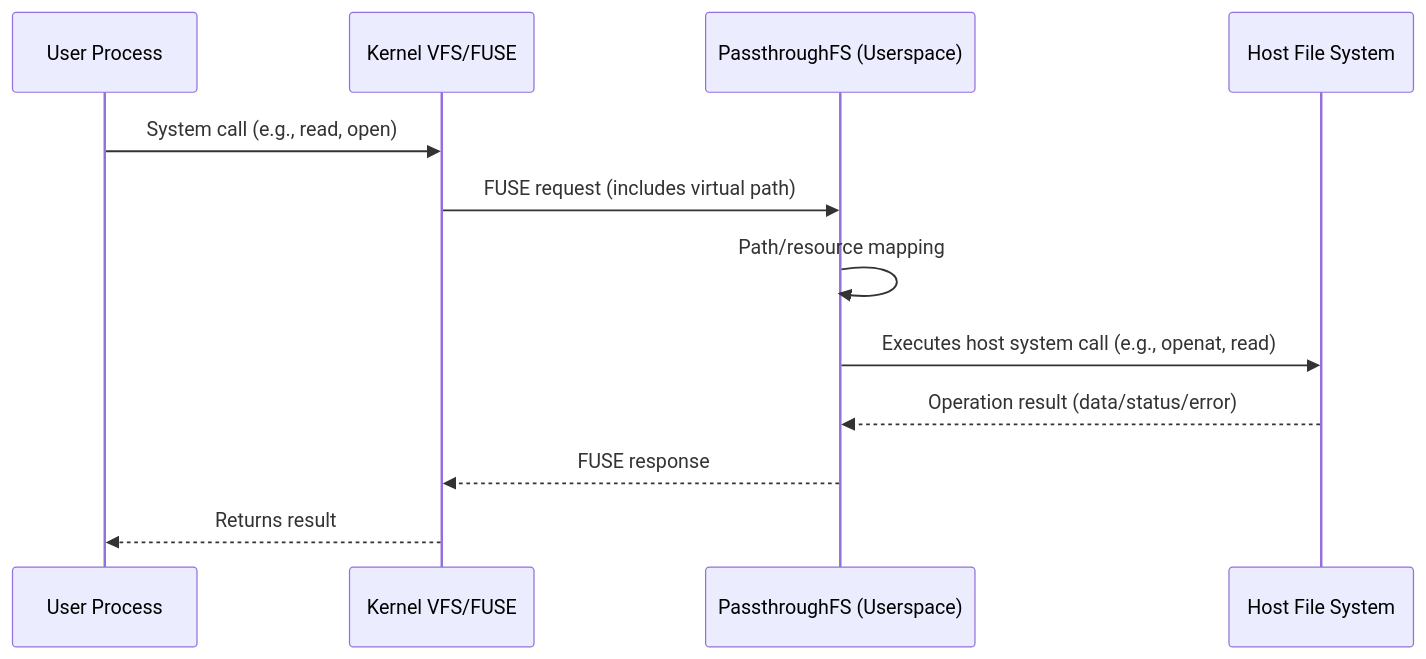
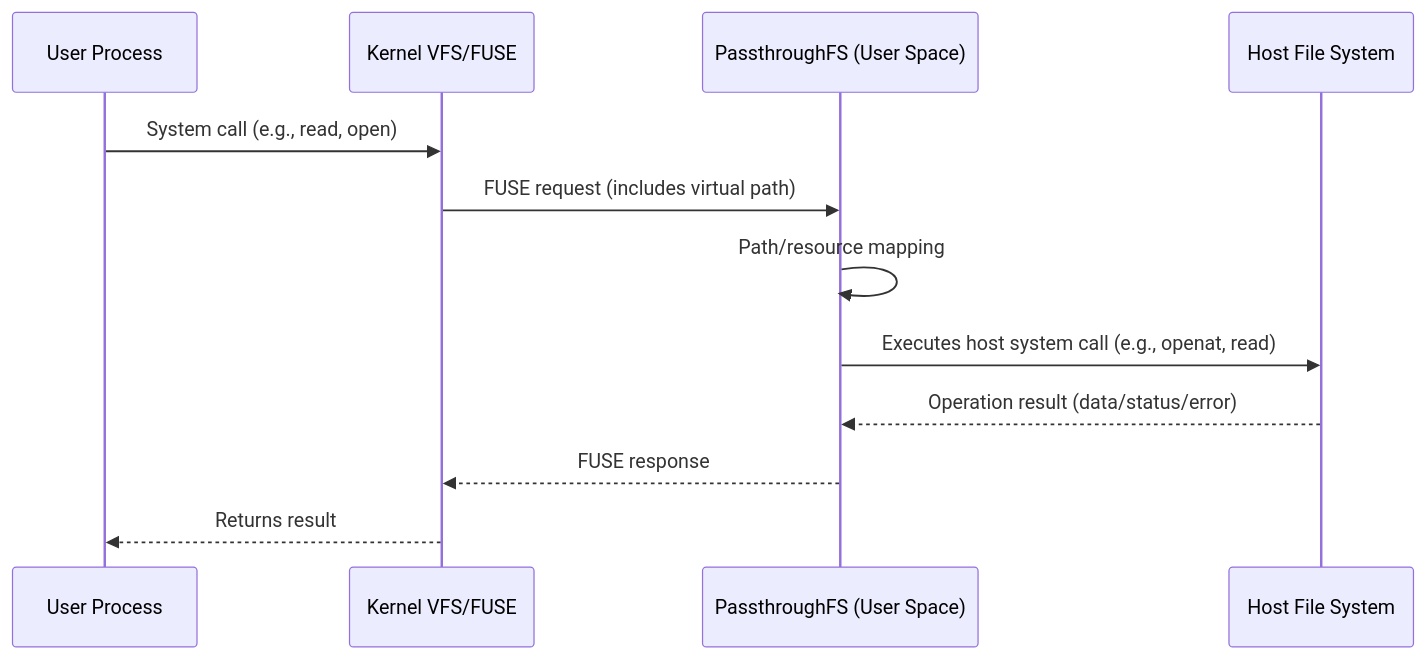
The third of 5 diagrams in project/libfuse-fs/docs/tech.md (rk8s-dev/rk8s), drawn with Mermaid before and after one commit. The commit also changed other lines of this file and 3 other files, not shown here.

Commit message:
docs: add VFS and FUSE diagrams to tech documentation

````diff
--- a/project/libfuse-fs/docs/tech.md
+++ b/project/libfuse-fs/docs/tech.md
@@ -251,15 +249,15 @@
 ```mermaid  
 sequenceDiagram  
     participant User as User Process  
     participant Kernel as Kernel VFS/FUSE  
-    participant PFS as PassthroughFS (Userspace)  
+    participant PFS as PassthroughFS (User Space)  
     participant HostFS as Host File System  
 
     User ->> Kernel: System call (e.g., read, open)  
     Kernel ->> PFS: FUSE request (includes virtual path)  
     PFS ->> PFS: Path/resource mapping  
     PFS ->> HostFS: Executes host system call (e.g., openat, read)  
     HostFS -->> PFS: Operation result (data/status/error)  
     PFS -->> Kernel: FUSE response  
     Kernel -->> User: Returns result  
 ```  
````
